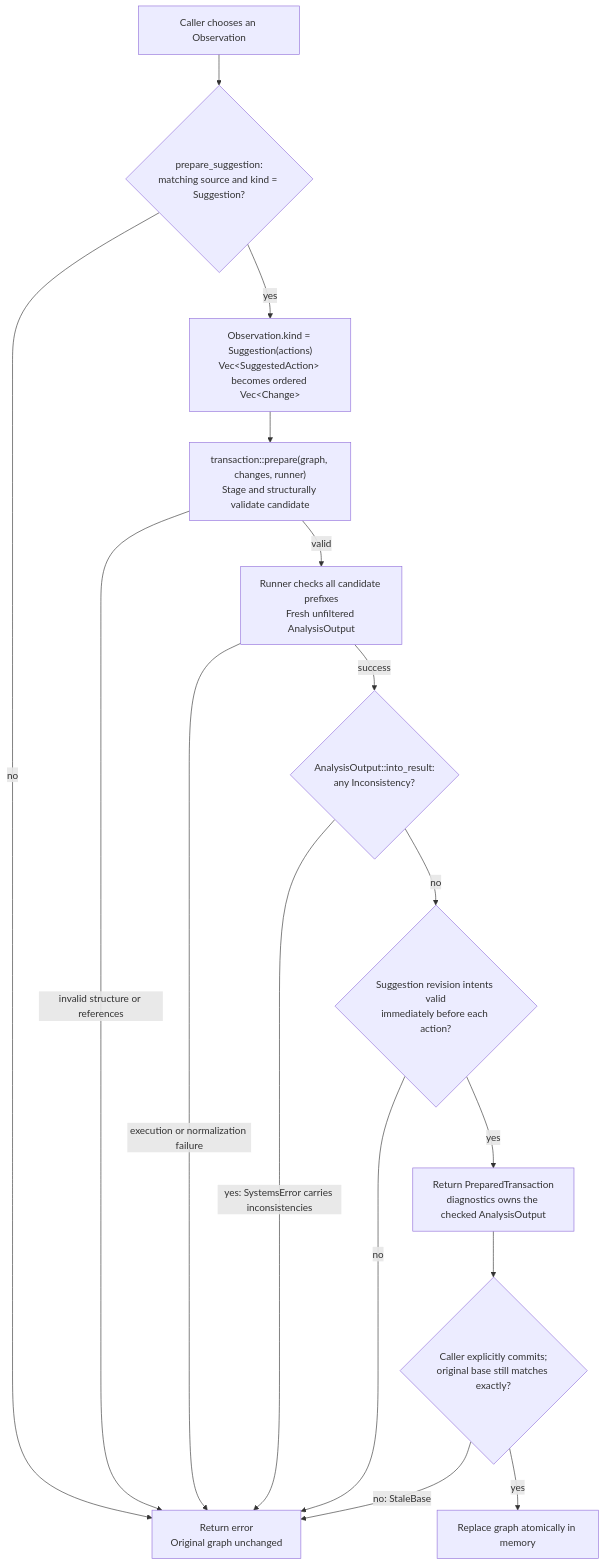
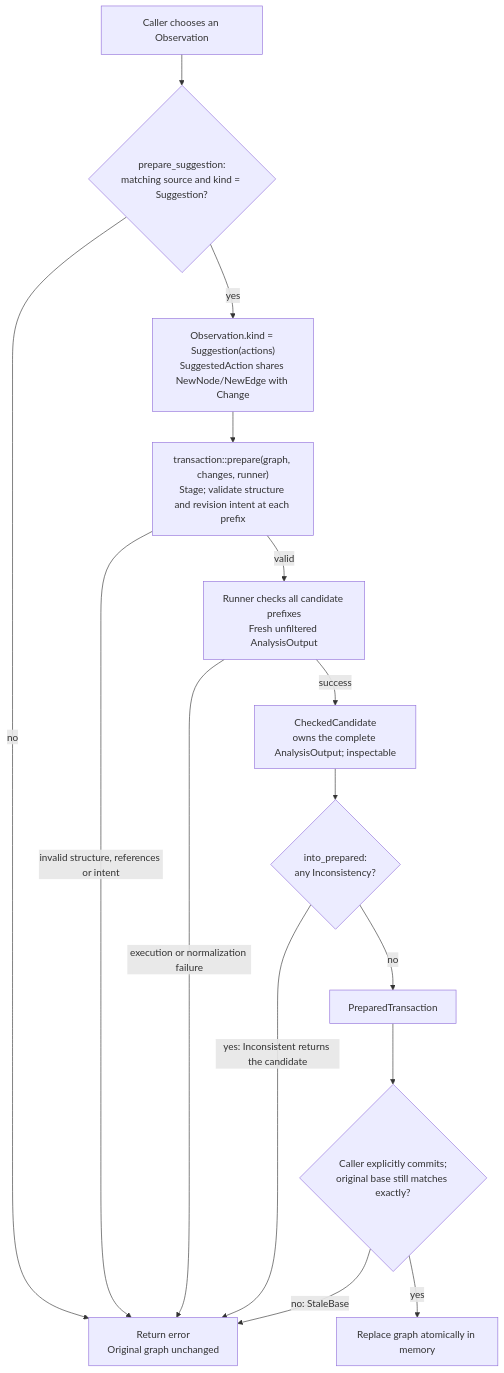
The third of 3 diagrams in docs/MESSAGES.md (RezaOnGithub/lifecore), drawn with Mermaid before and after one commit. The commit also changed other lines of this file and 18 other files, not shown here.

First line of the commit message:
Move revision intent into transactions and adopt the canonical encoding

````diff
--- a/docs/MESSAGES.md
+++ b/docs/MESSAGES.md
@@ -187,28 +187,26 @@
 ```mermaid
 flowchart TD
     O["Caller chooses an Observation"]
     S{"prepare_suggestion:<br/>matching source and kind = Suggestion?"}
-    A["Observation.kind = Suggestion(actions)<br/>Vec&lt;SuggestedAction&gt; becomes ordered Vec&lt;Change&gt;"]
-    P["transaction::prepare(graph, changes, runner)<br/>Stage and structurally validate candidate"]
+    A["Observation.kind = Suggestion(actions)<br/>SuggestedAction shares NewNode/NewEdge with Change"]
+    P["transaction::prepare(graph, changes, runner)<br/>Stage; validate structure and revision intent at each prefix"]
     R["Runner checks all candidate prefixes<br/>Fresh unfiltered AnalysisOutput"]
-    G{"AnalysisOutput::into_result:<br/>any Inconsistency?"}
-    I{"Suggestion revision intents valid<br/>immediately before each action?"}
-    T["Return PreparedTransaction<br/>diagnostics owns the checked AnalysisOutput"]
+    K["CheckedCandidate<br/>owns the complete AnalysisOutput; inspectable"]
+    G{"into_prepared:<br/>any Inconsistency?"}
+    T["PreparedTransaction"]
     C{"Caller explicitly commits;<br/>original base still matches exactly?"}
     OK["Replace graph atomically in memory"]
     E["Return error<br/>Original graph unchanged"]
 
     O --> S
     S -->|yes| A --> P
     S -->|no| E
     P -->|valid| R
-    P -->|invalid structure or references| E
-    R -->|success| G
+    P -->|invalid structure, references or intent| E
+    R -->|success| K --> G
     R -->|execution or normalization failure| E
-    G -->|yes: SystemsError carries inconsistencies| E
-    G -->|no| I
-    I -->|no| E
-    I -->|yes| T --> C
+    G -->|yes: Inconsistent returns the candidate| E
+    G -->|no| T --> C
     C -->|yes| OK
     C -->|no: StaleBase| E
 ```
````
